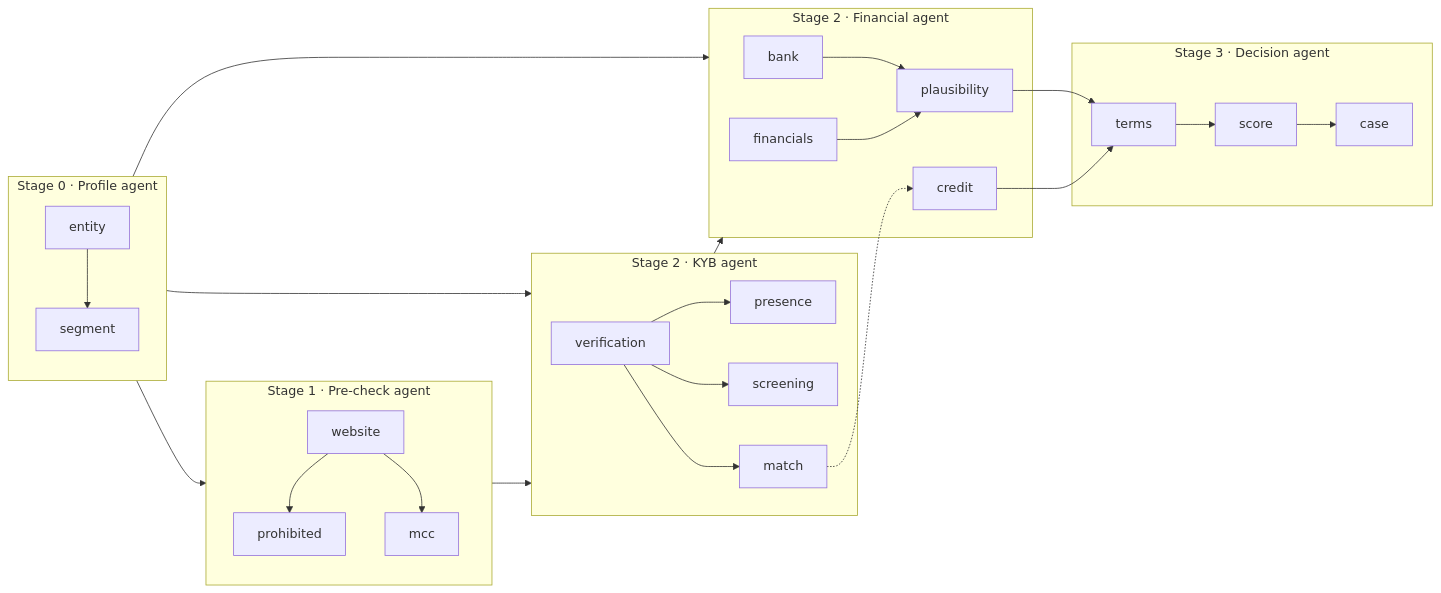
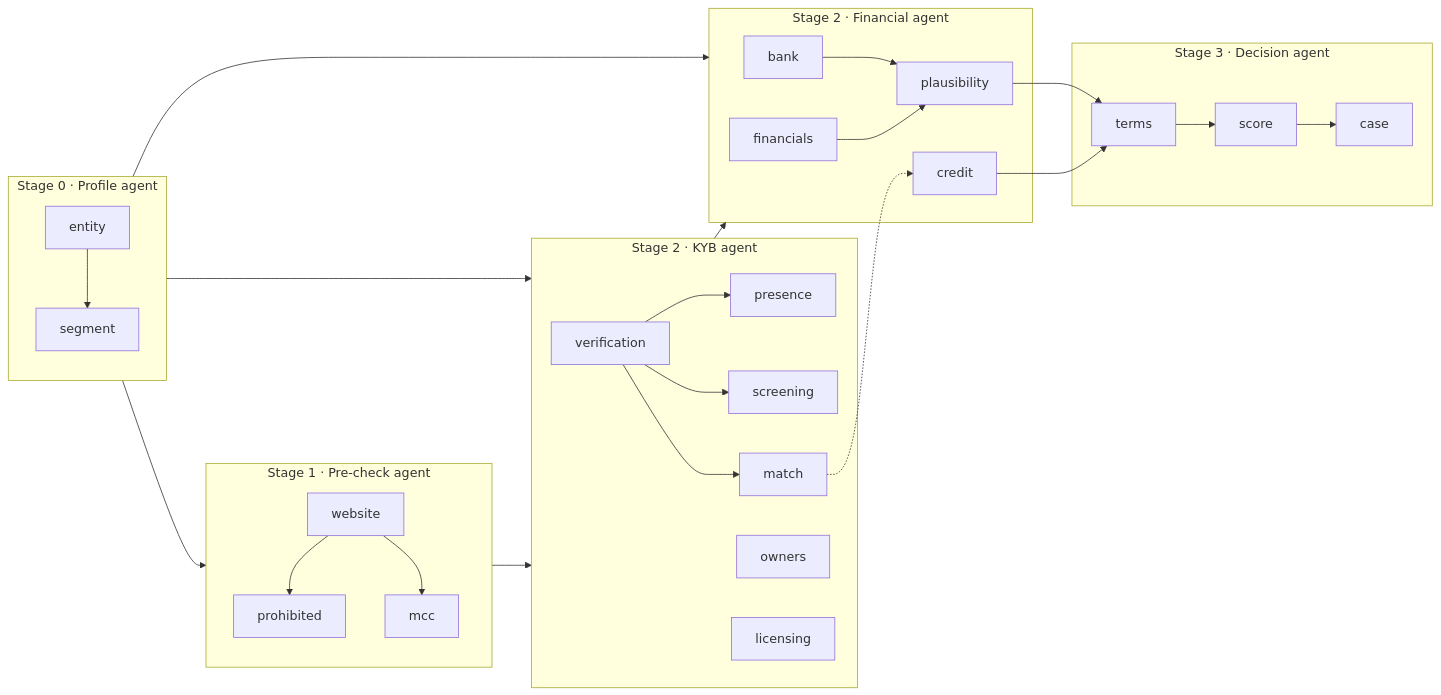
One commit to NitinRawat26/MerchantIntelligence changed the first of 2 diagrams in docs/steps/README.md. Above: the diagram before and after it, drawn with Mermaid. The commit also changed other lines of this file and 6 other files, not shown here.

````diff
--- a/docs/steps/README.md
+++ b/docs/steps/README.md
@@ -30,30 +31,32 @@
 ```mermaid
 flowchart LR
     subgraph S0["Stage 0 · Profile agent"]
         EN[entity] --> SG[segment]
     end
     subgraph S1["Stage 1 · Pre-check agent"]
         W[website] --> P[prohibited]
         W --> M[mcc]
     end
     subgraph S2["Stage 2 · KYB agent"]
         V[verification] --> PR[presence]
         V --> SC[screening]
         V --> MA[match]
+        OW[owners]
+        LI[licensing]
     end
     subgraph S3["Stage 2 · Financial agent"]
         B[bank] --> PL[plausibility]
         F[financials] --> PL
         MA -.-> CR[credit]
     end
     subgraph S4["Stage 3 · Decision agent"]
         T[terms] --> SCO[score] --> CA[case]
     end
     S0 --> S1
     S0 --> S2
     S0 --> S3
     S1 --> S2
     S2 --> S3
     PL --> T
     CR --> T
 ```
````
